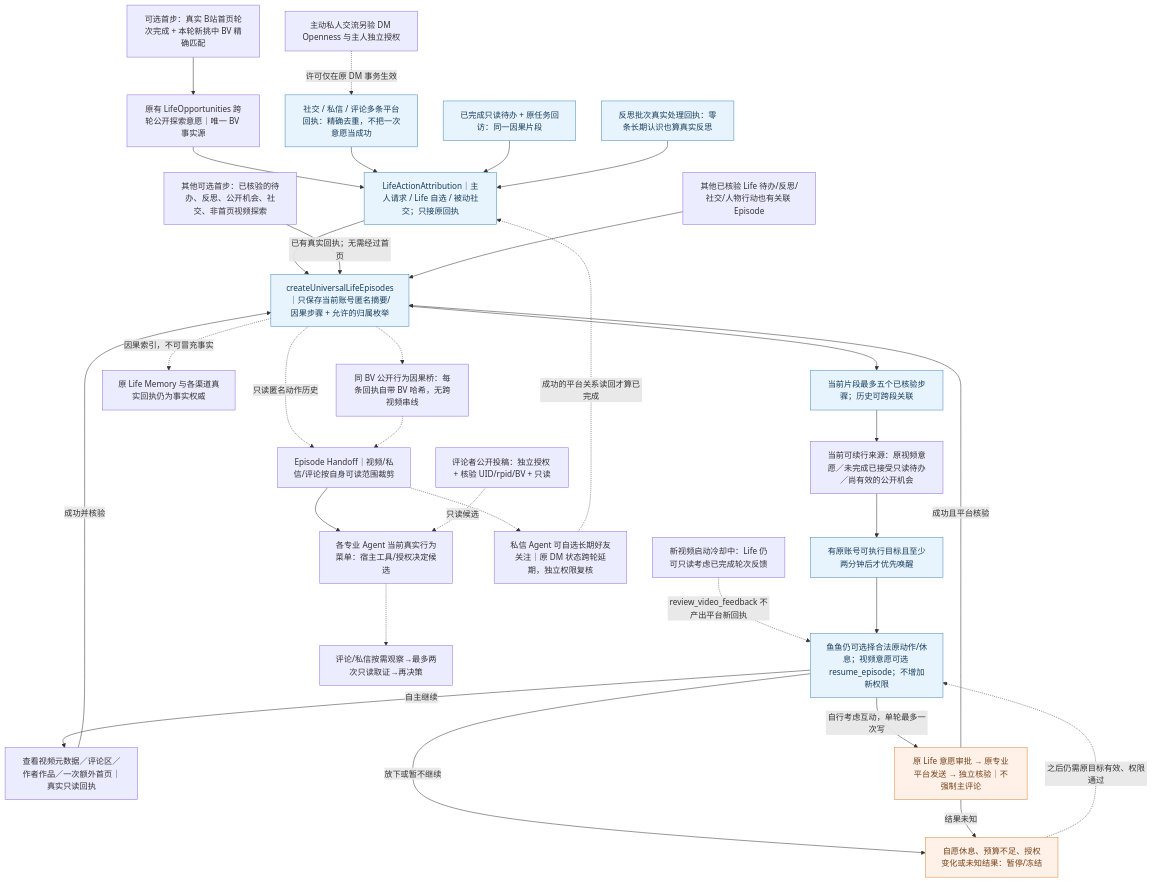
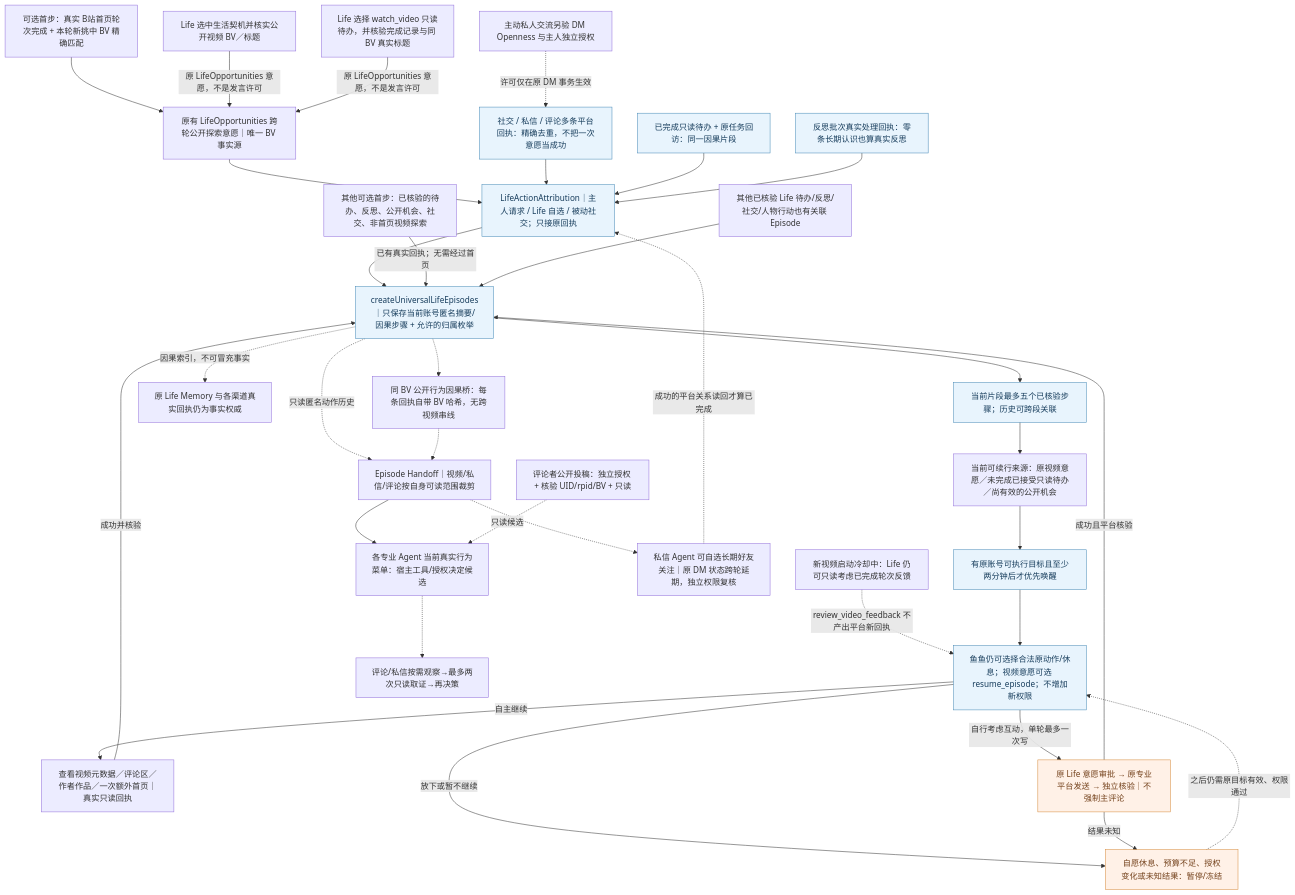
The diagram in docs/architecture/diagrams/life-universal-episodes-current.mmd (minedalang/dsh-dafeiyu-life), drawn with Mermaid before and after one commit. The commit also changed 22 other files, not shown here.

```diff
--- a/docs/architecture/diagrams/life-universal-episodes-current.mmd
+++ b/docs/architecture/diagrams/life-universal-episodes-current.mmd
@@ -1,89 +1,96 @@
 %% dev.74：评论区的自然熟悉度不形成主动私信资格，Episode 不赋予新权限。
 %% dev.73：普通自主 Life 最短间隔不再由 2 分钟经验/片段续接绕过；真实入站社交独立快唤醒。
 %% 管理页只读并列展示线索、契机与待办；Life 已批准不等于平台送达，待回执不能标为中断。
 %% dev.37 统一归属 + dev.36 Universal Episode：有意义的自主动作共享因果归属，不改变原平台授权
 flowchart TB
   child["可选首步：真实 B站首页轮次完成 + 本轮新挑中 BV 精确匹配"]
   firstOther["其他可选首步：已核验的待办、反思、公开机会、社交、非首页视频探索"]
   eligible["当前可续行来源：原视频意愿／未完成已接受只读待办／尚有效的公开机会"]
   canonical["原有 LifeOpportunities 跨轮公开探索意愿｜唯一 BV 事实源"]
   attribution["LifeActionAttribution｜主人请求 / Life 自选 / 被动社交；只接原回执"]
   socialReceipt["社交 / 私信 / 评论多条平台回执：精确去重，不把一次意愿当成功"]
   socialContact["主动私人交流另验 DM Openness 与主人独立授权"]
   todoReceipt["已完成只读待办 + 原任务回访：同一因果片段"]
   reflectionReceipt["反思批次真实处理回执：零条长期认识也算真实反思"]
   videoFeedback["新视频启动冷却中：Life 仍可只读考虑已完成轮次反馈"]
   record["createUniversalLifeEpisodes｜只保存当前账号匿名摘要/因果步骤 + 允许的归属枚举"]
   context["当前片段最多五个已核验步骤；历史可跨段关联"]
   due["有原账号可执行目标且至少两分钟后才优先唤醒"]
   menu["鱼鱼仍可选择合法原动作/休息；视频意愿可选 resume_episode；不增加新权限"]
   read["查看视频元数据／评论区／作者作品／一次额外首页｜真实只读回执"]
   write["原 Life 意愿审批 → 原专业平台发送 → 独立核验｜不强制主评论"]
   pause["自愿休息、预算不足、授权变化或未知结果：暂停/冻结"]
   other["其他已核验 Life 待办/反思/社交/人物行动也有关联 Episode"]
   memory["原 Life Memory 与各渠道真实回执仍为事实权威"]
   child --> canonical --> attribution --> record
   socialContact -.->|许可仅在原 DM 事务生效| socialReceipt
   socialReceipt --> attribution
   todoReceipt --> attribution
   reflectionReceipt --> attribution
   firstOther -->|已有真实回执；无需经过首页| record
+  opportunityEntry["Life 选中生活契机并核实公开视频 BV／标题"]
+  todoVideoEntry["Life 选择 watch_video 只读待办，并核验完成记录与同 BV 真实标题"]
+  opportunityEntry -->|原 LifeOpportunities 意愿，不是发言许可| canonical
+  todoVideoEntry -->|原 LifeOpportunities 意愿，不是发言许可| canonical
   videoFeedback -.->|review_video_feedback 不产出平台新回执| menu
   record --> context --> eligible --> due --> menu
   menu -->|自主继续| read -->|成功并核验| record
   menu -->|自行考虑互动，单轮最多一次写| write -->|成功且平台核验| record
   menu -->|放下或暂不继续| pause
   write -->|结果未知| pause
   other --> record
   record -.->|因果索引，不可冒充事实| memory
   pause -.->|之后仍需原目标有效、权限通过| menu
   classDef safe fill:#e8f4fd,stroke:#4689b6,color:#173d5c
   classDef caveat fill:#fff1e7,stroke:#d68a3c,color:#74421c
   class record,context,menu,due,attribution,socialReceipt,todoReceipt,reflectionReceipt safe
   class pause,write caveat
 
 %% @code child | index.js | const episode=lifeOpportunities.beginHomeExploration
 %% @code canonical | lib/life-opportunities.mjs | const continuations=
 %% @code firstOther | lib/autonomous-planner.mjs | const good=new Map([
 %% @code eligible | lib/life-episode-entrypoints.mjs | export function eligibleLifeEpisodeSources
 %% @code record | lib/life-universal-episodes.mjs | export function createUniversalLifeEpisodes
 %% @code context | lib/life-universal-episodes.mjs | const view=e=>
 %% @code due | lib/life-universal-episodes.mjs | const due=(
 %% @code menu | lib/autonomous-planner.mjs | action:'resume_episode'
 %% @code read | lib/autonomous-planner.mjs | const continueLifeRead=async
 %% @code write | lib/life-video-action-bridge.mjs | createLifeVideoActionBridge
 %% @code pause | lib/life-universal-episodes.mjs | const pauseLatest=(
 %% @code other | index.js | onEpisodeAction:proof=>universalLifeEpisodes.record(proof)
 %% @code memory | lib/life-memory-coordinator.mjs | createLifeMemoryCoordinator
 
 %% @code attribution | lib/life-action-attribution.mjs | export function createLifeActionAttribution
 %% @code socialReceipt | lib/life-willingness.mjs | const exact=typeof receiptId
 %% @code todoReceipt | index.js | sourceRef:'todo:'+original.id
 %% @code reflectionReceipt | lib/life-reflection.mjs | result.receiptId=receiptId
 
 %% @code videoFeedback | lib/autonomous-planner.mjs | action:'review_video_feedback'
 
 %% dev.38 专业 Agent 局部决策复用同账号匿名因果摘要；Episode 没有发送权。
 subagentHandoff["Episode Handoff｜视频/私信/评论按自身可读范围裁剪"]
 subagentFollow["私信 Agent 可自选长期好友关注｜原 DM 状态跨轮延期，独立权限复核"]
 record -.->|只读匿名动作历史| subagentHandoff
 subagentHandoff -.-> subagentFollow
 subagentFollow -.->|成功的平台关系读回才算已完成| attribution
 %% @code subagentHandoff | lib/life-subagent-continuity.mjs | export function lifeSubagentHandoff
 %% @code subagentFollow | lib/dm-autoreply.mjs | pending.status='reserved'
 
 %% dev.40: every verified BV public action is anchored on ITS OWN step, never the whole episode.
 publicStepBridge["同 BV 公开行为因果桥：每条回执自带 BV 哈希，无跨视频串线"]
 professionalMenu["各专业 Agent 当前真实行为菜单：宿主工具/授权决定候选"]
 commentObservation["评论/私信按需观察→最多两次只读取证→再决策"]
 commentPublicPerson["评论者公开投稿：独立授权 + 核验 UID/rpid/BV + 只读"]
 record -.-> publicStepBridge -.-> subagentHandoff
 subagentHandoff --> professionalMenu
 commentPublicPerson -.->|只读候选| professionalMenu
 professionalMenu -.-> commentObservation
 %% @code publicStepBridge | lib/life-universal-episodes.mjs | const publicVideoState=bvid=>
 %% @code professionalMenu | lib/life-subagent-continuity.mjs | export function subagentActionMenu
 %% @code commentObservation | lib/interaction-batch.mjs | for(let pass=0;pass<2;pass++){
 %% @code commentPublicPerson | lib/life-public-capabilities.mjs | export async function readVerifiedCommenterPublicVideos
 
 %% @code socialContact | lib/life-friend-initiatives.mjs | const outboundEnabled=
+
+%% @code opportunityEntry | lib/life-opportunities.mjs | const beginInspectedOpportunity=
+%% @code todoVideoEntry | lib/life-opportunities.mjs | const beginCompletedVideoTodo=
```
